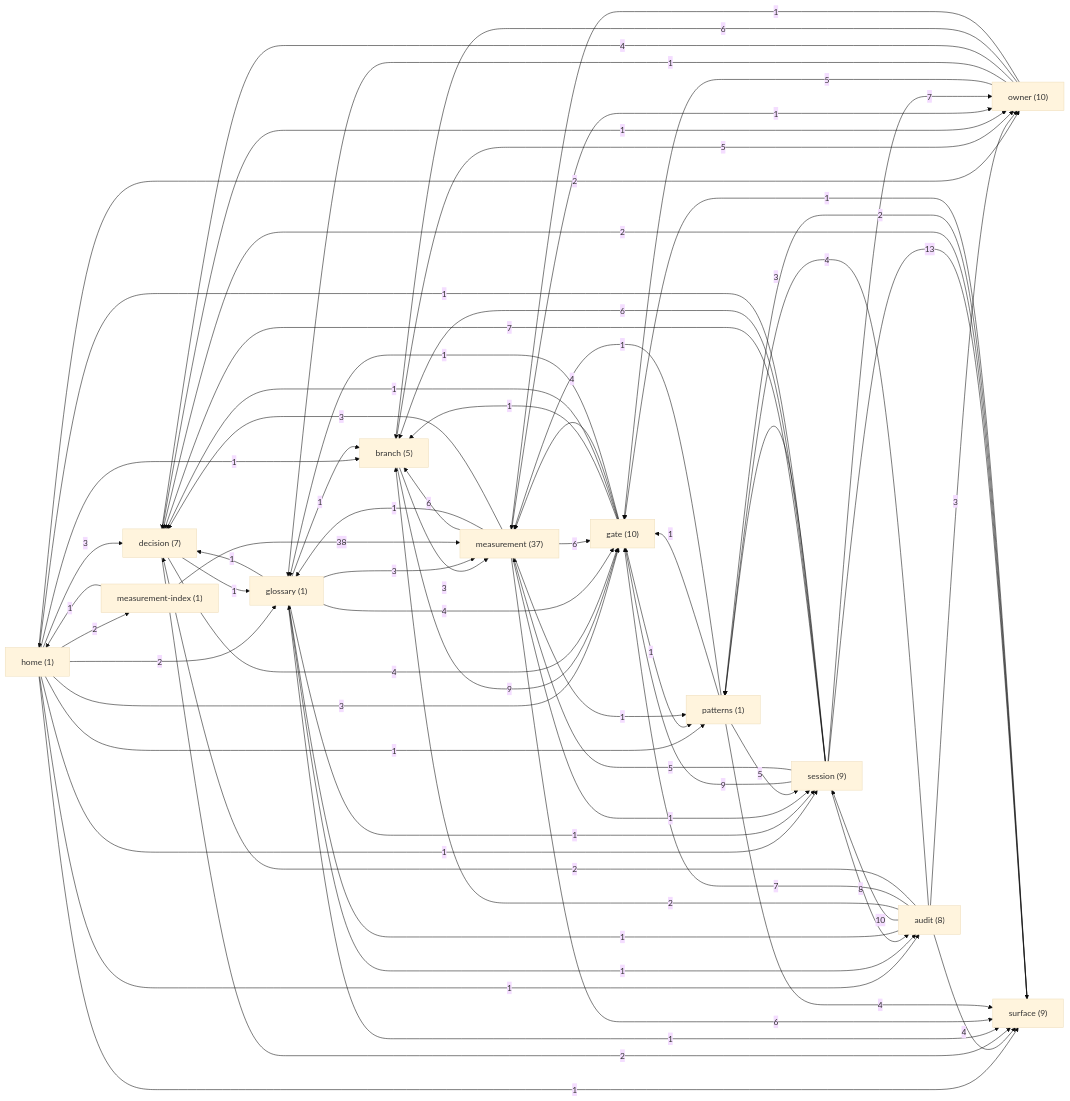
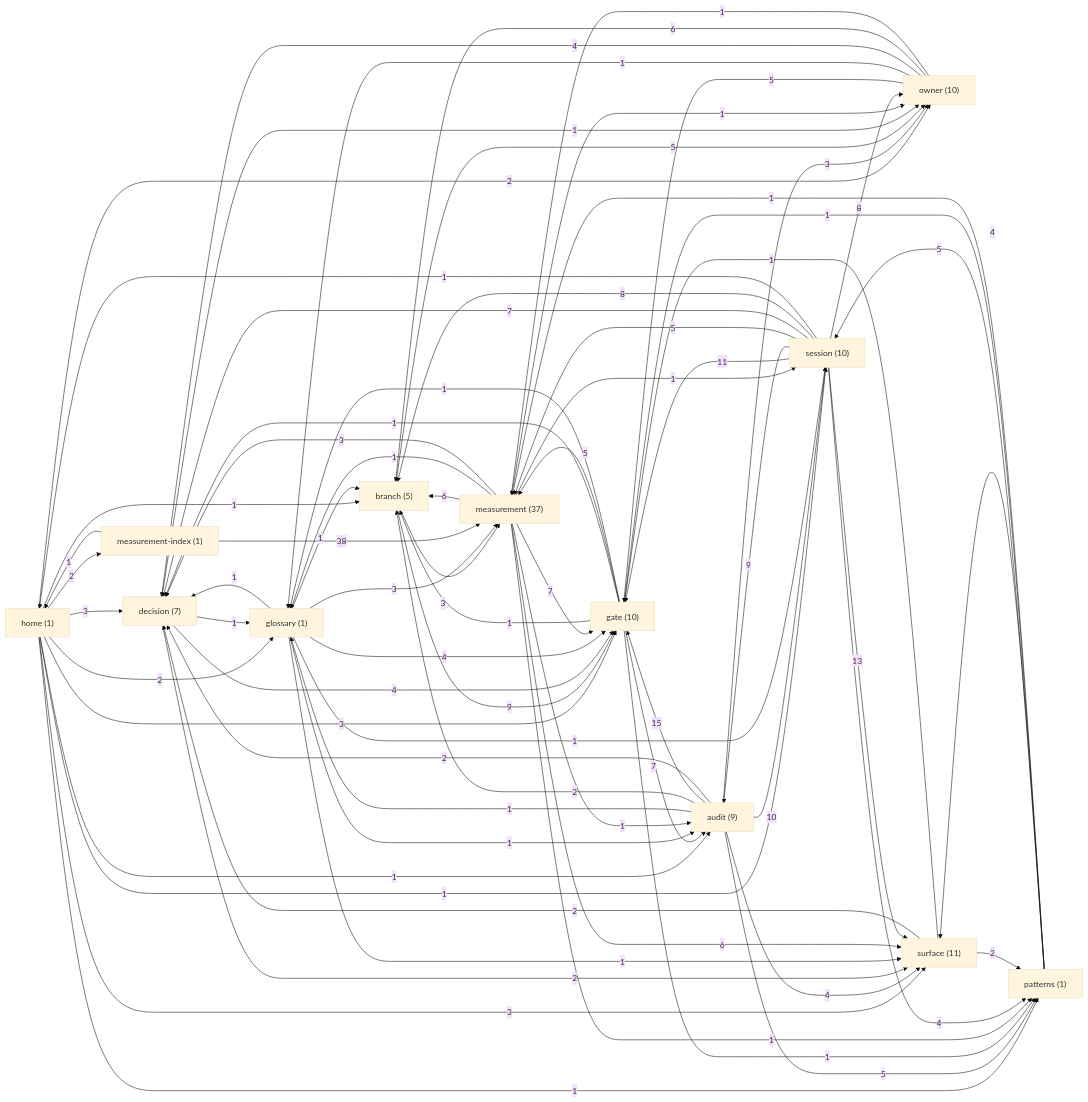
Before and after one commit to sergey9519546/STORYMACHINE: the diagram in docs/brain/GRAPH.md, drawn with Mermaid (base theme). The commit also changed other lines of this file and 20 other files, not shown here.

````diff
--- a/docs/brain/GRAPH.md
+++ b/docs/brain/GRAPH.md
@@ -9,7 +9,7 @@
 ```mermaid
 graph LR
   home["home (1)"]
-  audit["audit (8)"]
+  audit["audit (9)"]
   branch["branch (5)"]
   decision["decision (7)"]
   gate["gate (10)"]
@@ -18,14 +18,14 @@
   measurement_index["measurement-index (1)"]
   owner["owner (10)"]
   patterns["patterns (1)"]
-  session["session (9)"]
-  surface["surface (9)"]
+  session["session (10)"]
+  surface["surface (11)"]
   home -->|3| decision
   home -->|2| glossary
   home -->|3| gate
   home -->|2| measurement_index
   home -->|2| owner
-  home -->|1| surface
+  home -->|3| surface
   home -->|1| session
   home -->|1| audit
   home -->|1| branch
@@ -33,9 +33,9 @@
   audit -->|1| glossary
   audit -->|10| session
   audit -->|2| branch
-  audit -->|7| gate
+  audit -->|15| gate
   audit -->|2| decision
-  audit -->|4| patterns
+  audit -->|5| patterns
   audit -->|3| owner
   audit -->|4| surface
   branch -->|3| measurement
@@ -46,8 +46,9 @@
   decision -->|2| surface
   decision -->|1| owner
   gate -->|1| branch
+  gate -->|7| audit
   gate -->|1| decision
-  gate -->|4| measurement
+  gate -->|5| measurement
   gate -->|1| patterns
   gate -->|1| glossary
   glossary -->|1| branch
@@ -58,8 +59,9 @@
   glossary -->|1| decision
   glossary -->|1| audit
   measurement -->|6| branch
-  measurement -->|6| gate
+  measurement -->|7| gate
   measurement -->|1| glossary
+  measurement -->|1| audit
   measurement -->|1| owner
   measurement -->|1| session
   measurement -->|3| decision
@@ -76,15 +78,15 @@
   patterns -->|4| surface
   patterns -->|1| gate
   patterns -->|1| measurement
-  session -->|9| gate
-  session -->|8| audit
+  session -->|11| gate
+  session -->|9| audit
   session -->|5| measurement
   session -->|7| decision
   session -->|13| surface
-  session -->|6| branch
+  session -->|8| branch
   session -->|1| home
-  session -->|3| patterns
-  session -->|7| owner
+  session -->|4| patterns
+  session -->|8| owner
   surface -->|2| decision
   surface -->|2| patterns
   surface -->|1| gate
````
